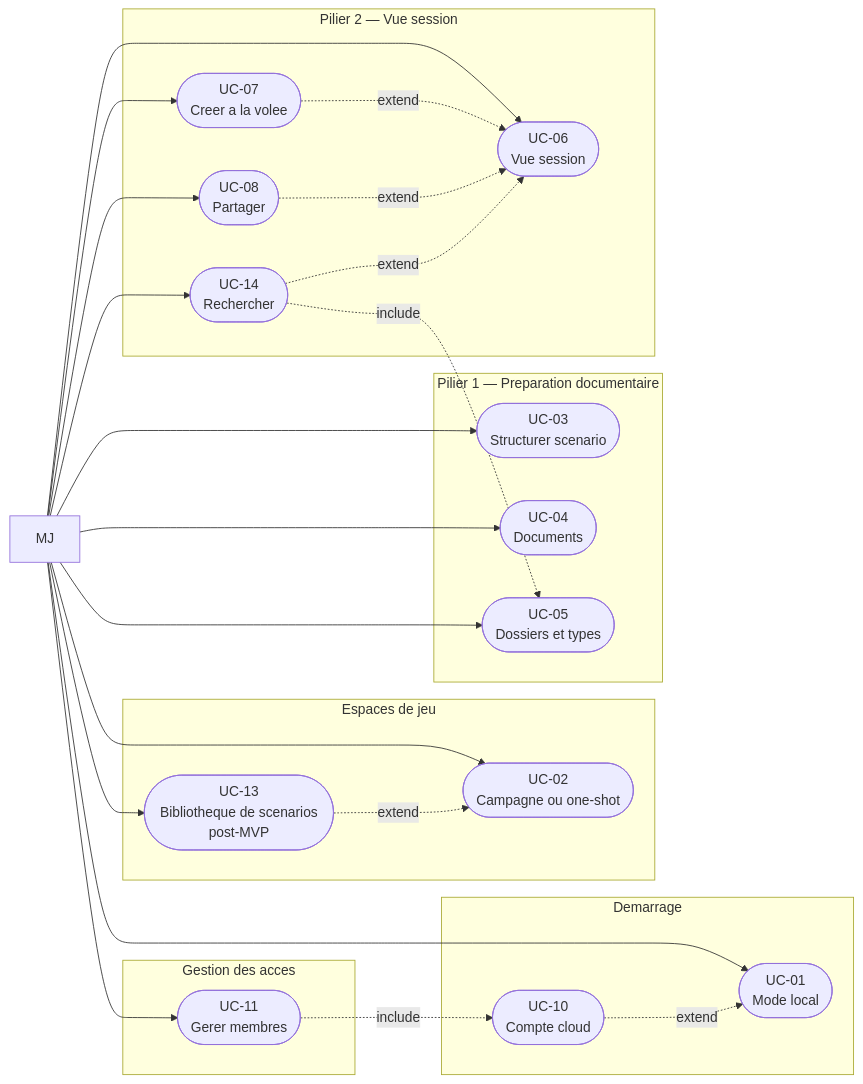
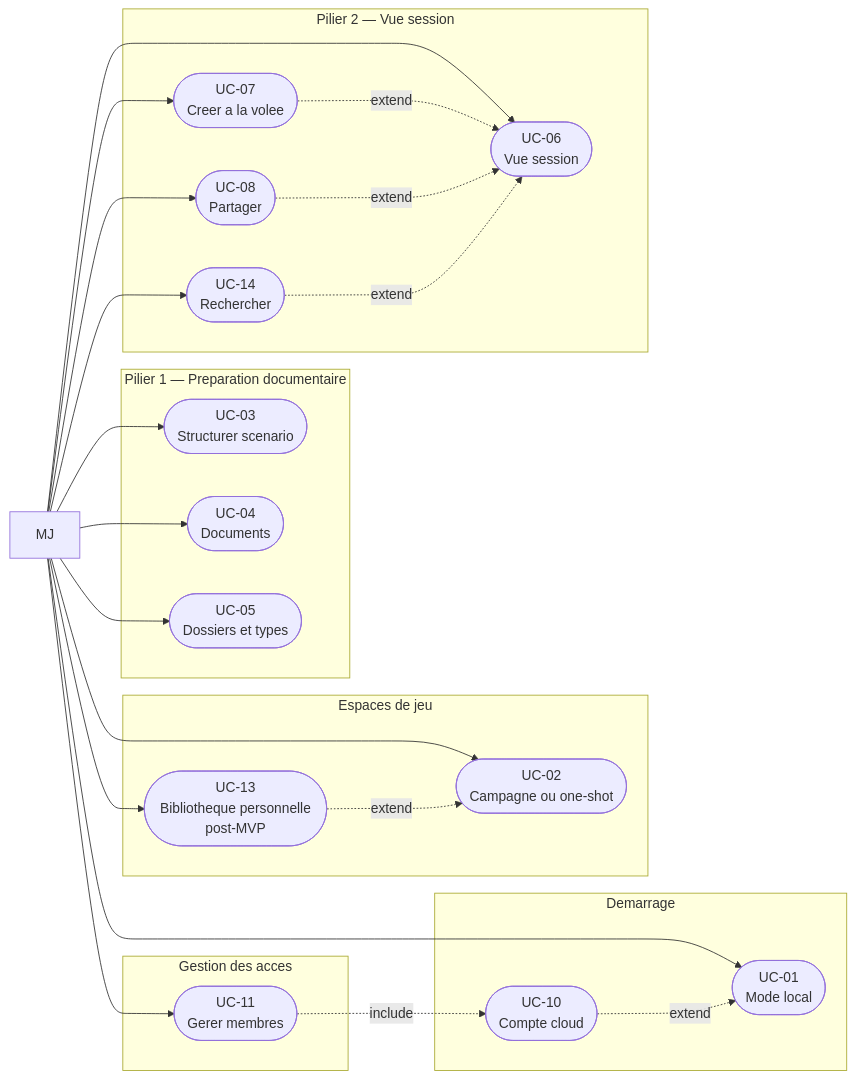
The third of 5 diagrams in docs/besoin/cas-d-utilisation/diagrammes.md (2025-10-CDA-ECO-P6/PM-micro-saas), drawn with Mermaid before and after one commit. The commit also changed other lines of this file, not shown here.

First line of the commit message:
docs(cas-d-utilisation): aligne les diagrammes de cas d'utilisation sur les UC

````diff
--- a/docs/besoin/cas-d-utilisation/diagrammes.md
+++ b/docs/besoin/cas-d-utilisation/diagrammes.md
@@ -142,47 +141,46 @@
 ```mermaid
 flowchart LR
     MJ["MJ"]
 
     subgraph DEMARRAGE["Demarrage"]
         UC01(["UC-01\nMode local"])
         UC10(["UC-10\nCompte cloud"])
     end
     subgraph ESPACES["Espaces de jeu"]
         UC02(["UC-02\nCampagne ou one-shot"])
-        UC13(["UC-13\nBibliotheque de scenarios\npost-MVP"])
+        UC13(["UC-13\nBibliotheque personnelle\npost-MVP"])
     end
     subgraph PILIER1["Pilier 1 — Preparation documentaire"]
         UC03(["UC-03\nStructurer scenario"])
         UC04(["UC-04\nDocuments"])
         UC05(["UC-05\nDossiers et types"])
     end
     subgraph PILIER2["Pilier 2 — Vue session"]
         UC06(["UC-06\nVue session"])
         UC07(["UC-07\nCreer a la volee"])
         UC08(["UC-08\nPartager"])
         UC14(["UC-14\nRechercher"])
     end
     subgraph GESTION["Gestion des acces"]
         UC11(["UC-11\nGerer membres"])
     end
 
     MJ --> UC01
     MJ --> UC02
     MJ --> UC03
     MJ --> UC04
     MJ --> UC05
     MJ --> UC13
     MJ --> UC06
     MJ --> UC07
     MJ --> UC08
     MJ --> UC11
     MJ --> UC14
 
     UC10 -.->|"extend"| UC01
     UC13 -.->|"extend"| UC02
     UC11 -.->|"include"| UC10
     UC07 -.->|"extend"| UC06
     UC08 -.->|"extend"| UC06
     UC14 -.->|"extend"| UC06
-    UC14 -.->|"include"| UC05
 ```
````
